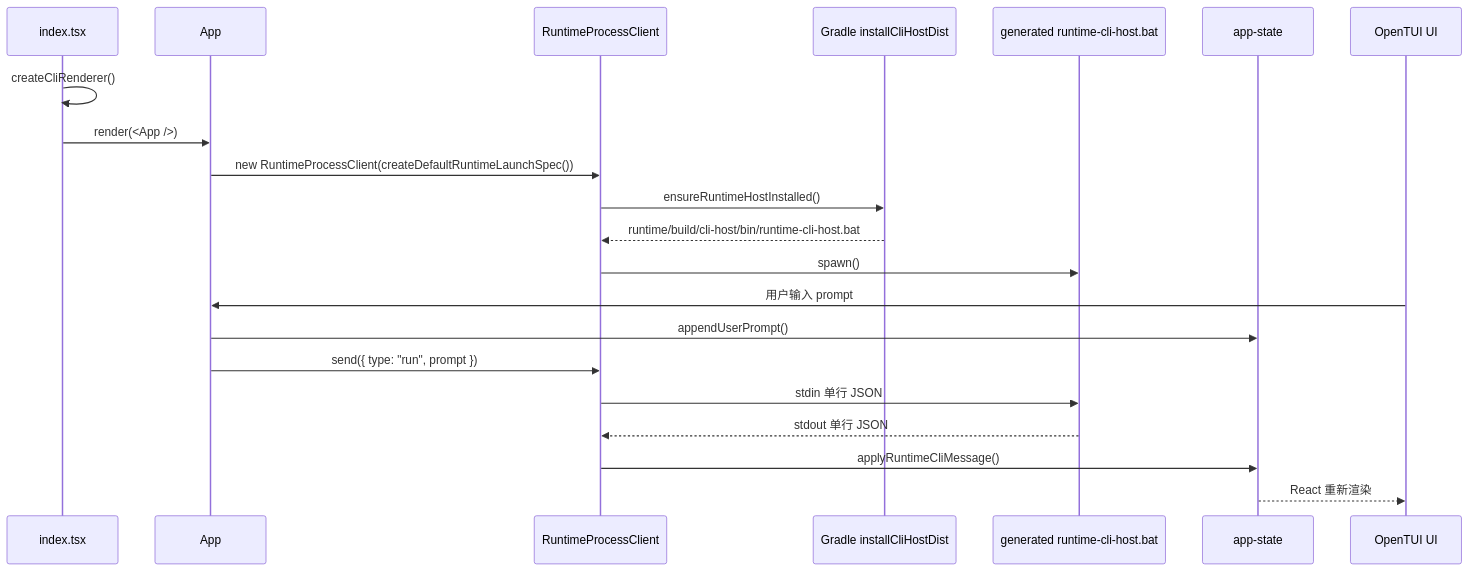
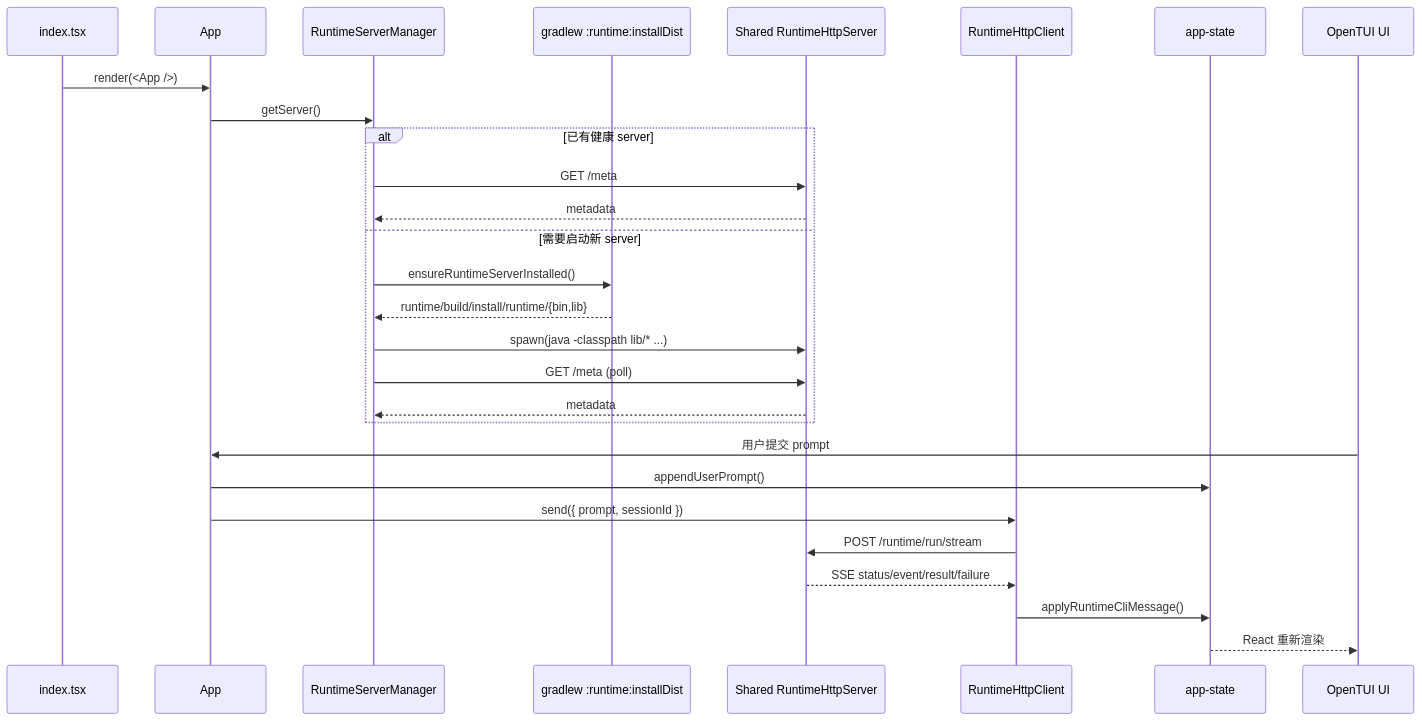
One commit to mulehang6/mulehang-agent changed the diagram in docs/CLI_LOGIC_RELATIONSHIPS.md. Above: the diagram before and after it, drawn with Mermaid. The commit also changed other lines of this file and 50 other files, not shown here.

First line of the commit message:
feat(cli): 切换共享运行时 HTTP 服务

````diff
--- a/docs/CLI_LOGIC_RELATIONSHIPS.md
+++ b/docs/CLI_LOGIC_RELATIONSHIPS.md
@@ -51,24 +28,31 @@
 ```mermaid
 sequenceDiagram
     participant Main as index.tsx
     participant App as App
-    participant RuntimeClient as RuntimeProcessClient
-    participant Gradle as Gradle installCliHostDist
-    participant Host as generated runtime-cli-host.bat
+    participant Manager as RuntimeServerManager
+    participant Gradle as gradlew :runtime:installDist
+    participant Runtime as Shared RuntimeHttpServer
+    participant Client as RuntimeHttpClient
     participant State as app-state
     participant UI as OpenTUI UI
 
-    Main->>Main: createCliRenderer()
     Main->>App: render(<App />)
-    App->>RuntimeClient: new RuntimeProcessClient(createDefaultRuntimeLaunchSpec())
-    RuntimeClient->>Gradle: ensureRuntimeHostInstalled()
-    Gradle-->>RuntimeClient: runtime/build/cli-host/bin/runtime-cli-host.bat
-    RuntimeClient->>Host: spawn()
-    UI->>App: 用户输入 prompt
+    App->>Manager: getServer()
+    alt 已有健康 server
+        Manager->>Runtime: GET /meta
+        Runtime-->>Manager: metadata
+    else 需要启动新 server
+        Manager->>Gradle: ensureRuntimeServerInstalled()
+        Gradle-->>Manager: runtime/build/install/runtime/{bin,lib}
+        Manager->>Runtime: spawn(java -classpath lib/* ...)
+        Manager->>Runtime: GET /meta (poll)
+        Runtime-->>Manager: metadata
+    end
+    UI->>App: 用户提交 prompt
     App->>State: appendUserPrompt()
-    App->>RuntimeClient: send({ type: "run", prompt })
-    RuntimeClient->>Host: stdin 单行 JSON
-    Host-->>RuntimeClient: stdout 单行 JSON
-    RuntimeClient->>State: applyRuntimeCliMessage()
+    App->>Client: send({ prompt, sessionId })
+    Client->>Runtime: POST /runtime/run/stream
+    Runtime-->>Client: SSE status/event/result/failure
+    Client->>State: applyRuntimeCliMessage()
     State-->>UI: React 重新渲染
 ```
````
